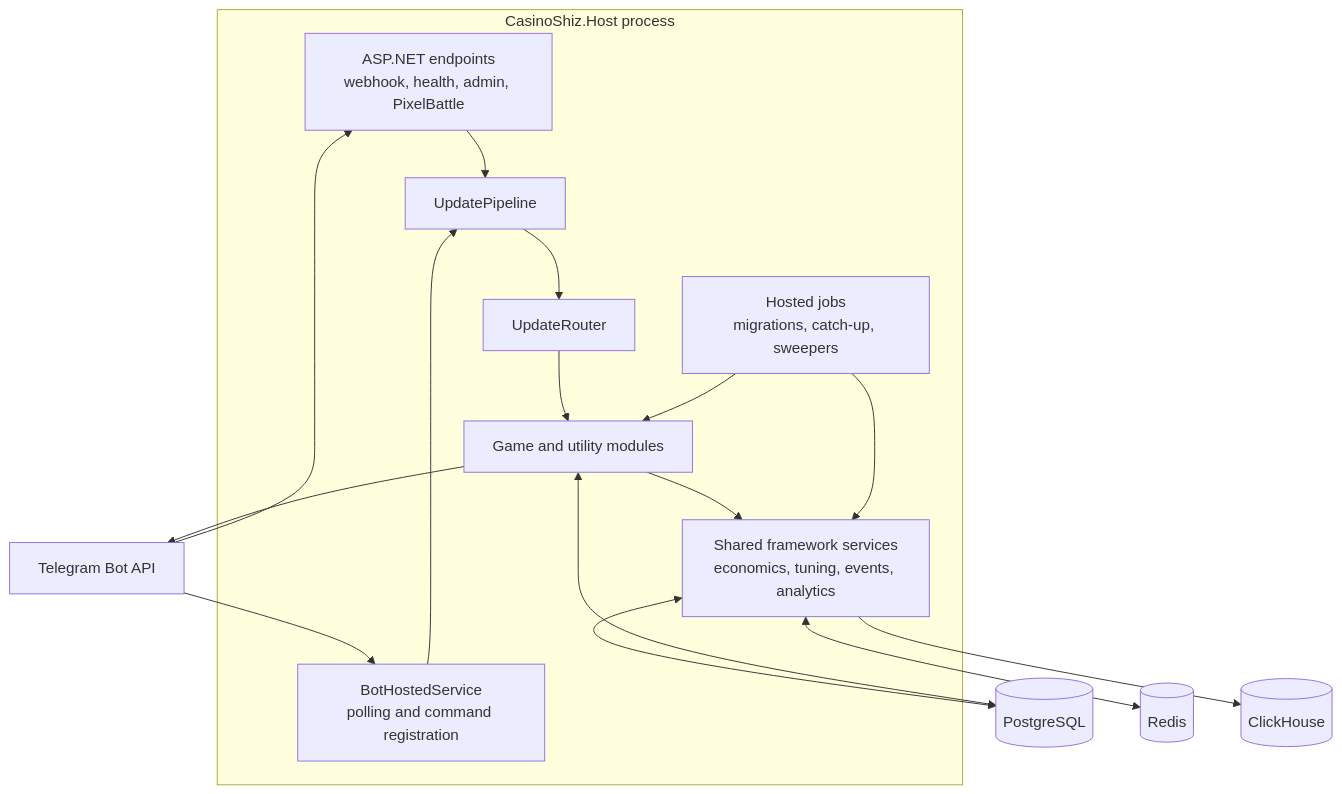
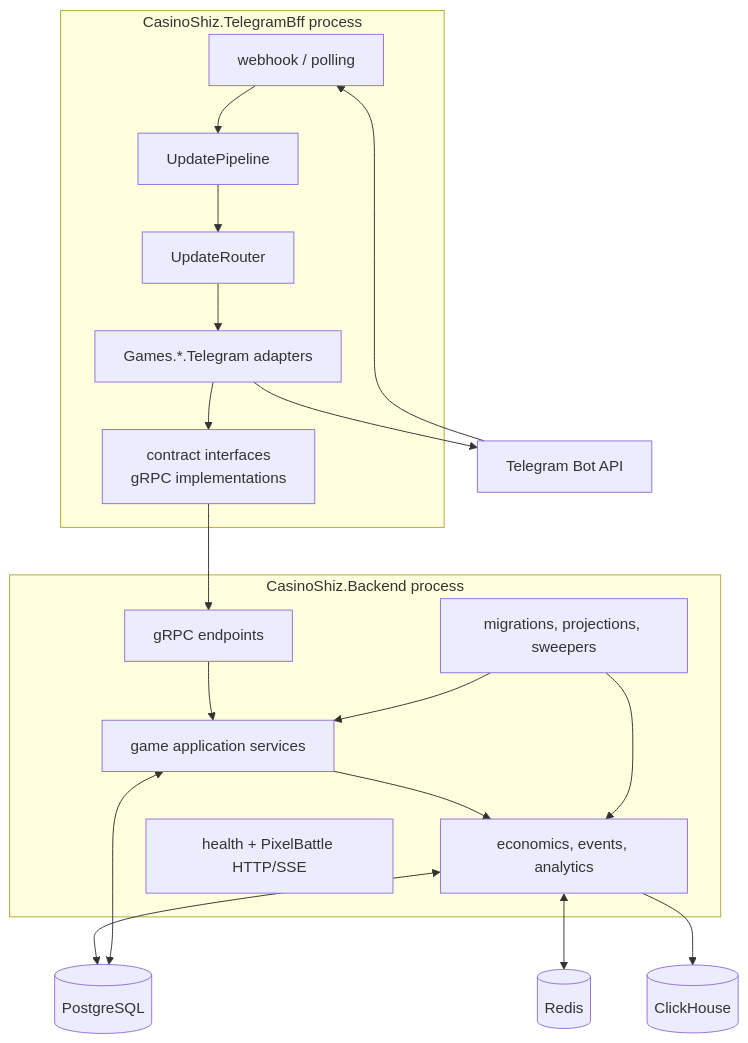
One commit to cpp20120/GameShiz changed the second of 19 diagrams in docs/arch.md. Above: the diagram before and after it, drawn with Mermaid. The commit also changed other lines of this file and 541 other files, not shown here.

````diff
--- a/docs/arch.md
+++ b/docs/arch.md
@@ -48,33 +87,39 @@
 ```mermaid
 flowchart TB
-    subgraph aspnet["CasinoShiz.Host process"]
-        http["ASP.NET endpoints<br/>webhook, health, admin, PixelBattle"]
-        driver["BotHostedService<br/>polling and command registration"]
+    subgraph bffProcess["CasinoShiz.TelegramBff process"]
+        webhook["webhook / polling"]
         pipeline["UpdatePipeline"]
         router["UpdateRouter"]
-        framework["Shared framework services<br/>economics, tuning, events, analytics"]
-        games["Game and utility modules"]
-        jobs["Hosted jobs<br/>migrations, catch-up, sweepers"]
+        adapters["Games.*.Telegram adapters"]
+        clients["contract interfaces<br/>gRPC implementations"]
+    end
+    subgraph backendProcess["CasinoShiz.Backend process"]
+        grpc["gRPC endpoints"]
+        services["game application services"]
+        framework["economics, events, analytics"]
+        jobs["migrations, projections, sweepers"]
+        http["health + PixelBattle HTTP/SSE"]
     end
 
     pg[("PostgreSQL")]
     rd[("Redis")]
     ch[("ClickHouse")]
     tg["Telegram Bot API"]
 
-    tg --> driver
-    tg --> http
-    driver --> pipeline
-    http --> pipeline
+    tg --> webhook
+    webhook --> pipeline
     pipeline --> router
-    router --> games
-    games --> framework
-    jobs --> games
+    router --> adapters
+    adapters --> clients
+    clients --> grpc
+    grpc --> services
+    services --> framework
+    jobs --> services
     jobs --> framework
 
     framework <--> pg
-    games <--> pg
+    services <--> pg
     framework <--> rd
     framework --> ch
-    games --> tg
+    adapters --> tg
 ```
````
